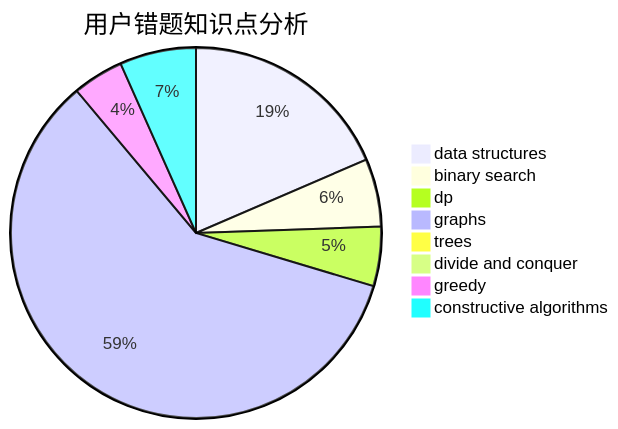
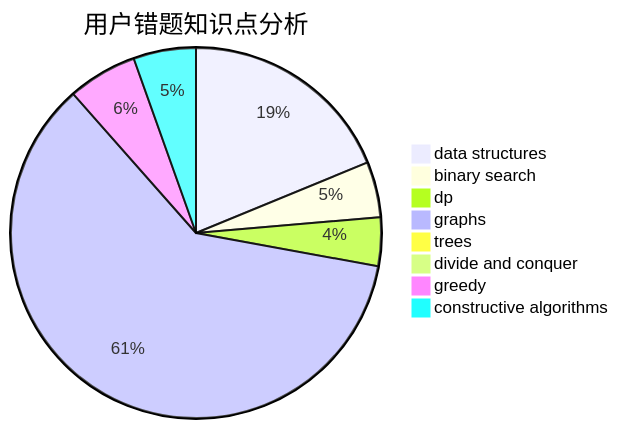
One commit to sherpahu/cfrs.github.io changed the third of 3 diagrams in docs/user/u1076.md. Above: the diagram before and after it, drawn with Mermaid. The commit also changed other lines of this file and 2770 other files, not shown here.

````diff
--- a/docs/user/u1076.md
+++ b/docs/user/u1076.md
@@ -36,11 +36,11 @@
 ```mermaid
 pie title 用户错题知识点分析
-    "data structures" :  25
+    "data structures" :  31
     "binary search" :  8
     "dp" :  7
-    "graphs" :  80
+    "graphs" :  100
     "trees" :  0
     "divide and conquer" :  0
-    "greedy" :  6
+    "greedy" :  10
     "constructive algorithms" :  9
 ```
````
